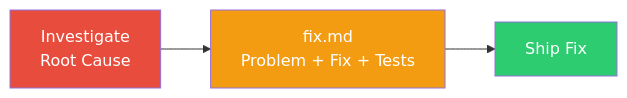
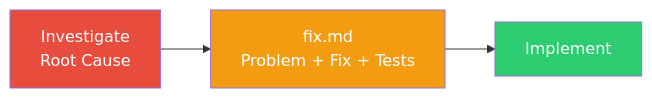
One commit to NHadi/AmanahAgent.Blueprint.Skills changed the third of 7 diagrams in README.md. Above: the diagram before and after it, drawn with Mermaid. The commit also changed other lines of this file, not shown here.

````diff
--- a/README.md
+++ b/README.md
@@ -131,9 +170,9 @@
 ```mermaid
 flowchart LR
     A[Investigate<br/>Root Cause] --> B[fix.md<br/>Problem + Fix + Tests]
-    B --> C[Ship Fix]
+    B --> C[Implement]
 
     style A fill:#E74C3C,color:#fff
     style B fill:#F39C12,color:#fff
     style C fill:#2ECC71,color:#fff
 ```
````
